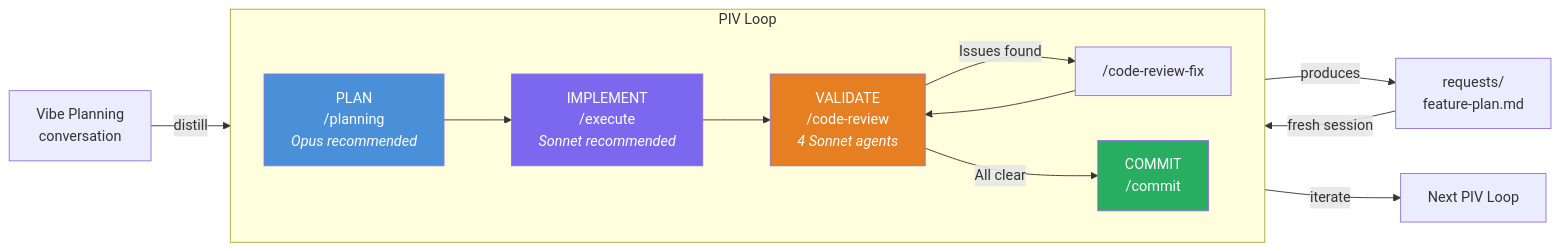
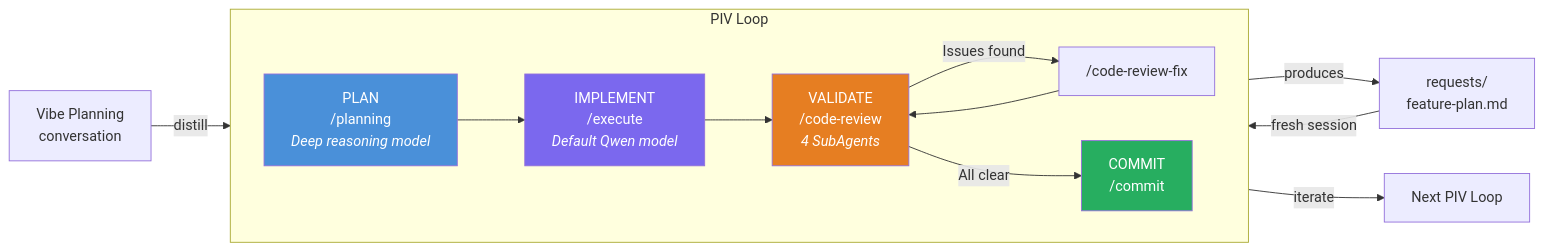
The first of 11 diagrams in README.md (ryanjosebrosas/original-coding-system-claude), drawn with Mermaid before and after one commit. The commit also changed other lines of this file and 204 other files, not shown here.

First line of the commit message:
chore: migrate from Claude Code to Qwen Code with Swarm multi-agent system

````diff
--- a/README.md
+++ b/README.md
@@ -69,25 +153,25 @@
 ```mermaid
 graph LR
     subgraph "PIV Loop"
         direction LR
-        P["PLAN<br/>/planning<br/><i>Opus recommended</i>"]
-        I["IMPLEMENT<br/>/execute<br/><i>Sonnet recommended</i>"]
-        V["VALIDATE<br/>/code-review<br/><i>4 Sonnet agents</i>"]
+        P["PLAN<br/>/planning<br/><i>Deep reasoning model</i>"]
+        I["IMPLEMENT<br/>/execute<br/><i>Default Qwen model</i>"]
+        V["VALIDATE<br/>/code-review<br/><i>4 SubAgents</i>"]
         C["COMMIT<br/>/commit"]
 
         P --> I --> V
         V -->|"Issues found"| FIX["/code-review-fix"]
         FIX --> V
         V -->|"All clear"| C
     end
 
     VIBE["Vibe Planning<br/>conversation"] -->|"distill"| P
     P -->|"produces"| PLAN["requests/<br/>feature-plan.md"]
     PLAN -->|"fresh session"| I
     C -->|"iterate"| NEXT["Next PIV Loop"]
 
     style P fill:#4a90d9,color:#fff
     style I fill:#7b68ee,color:#fff
     style V fill:#e67e22,color:#fff
     style C fill:#27ae60,color:#fff
 ```
````
